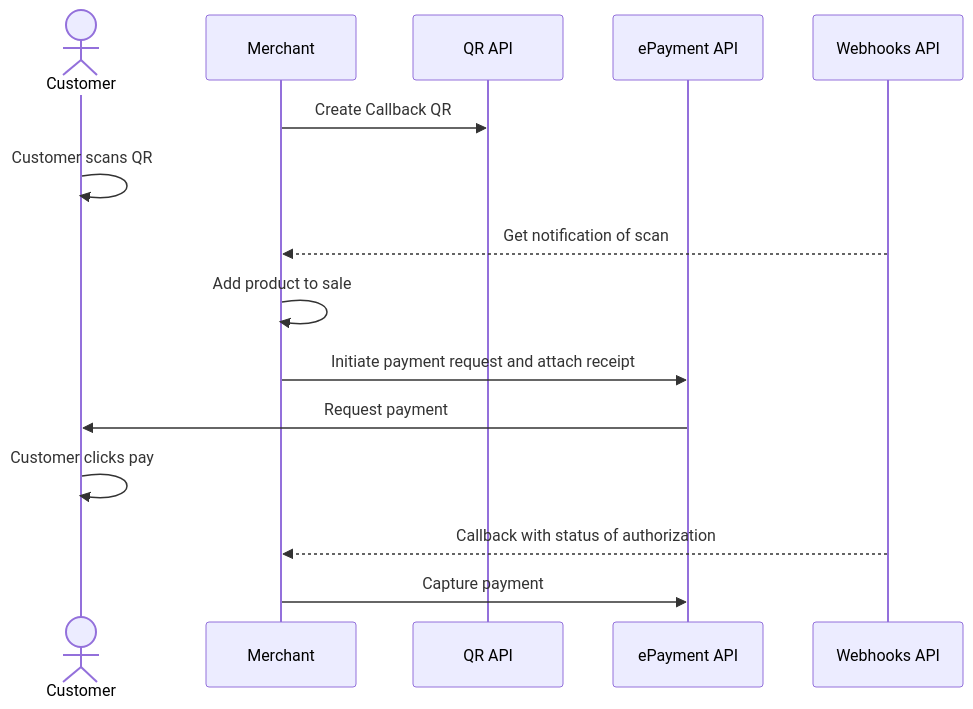
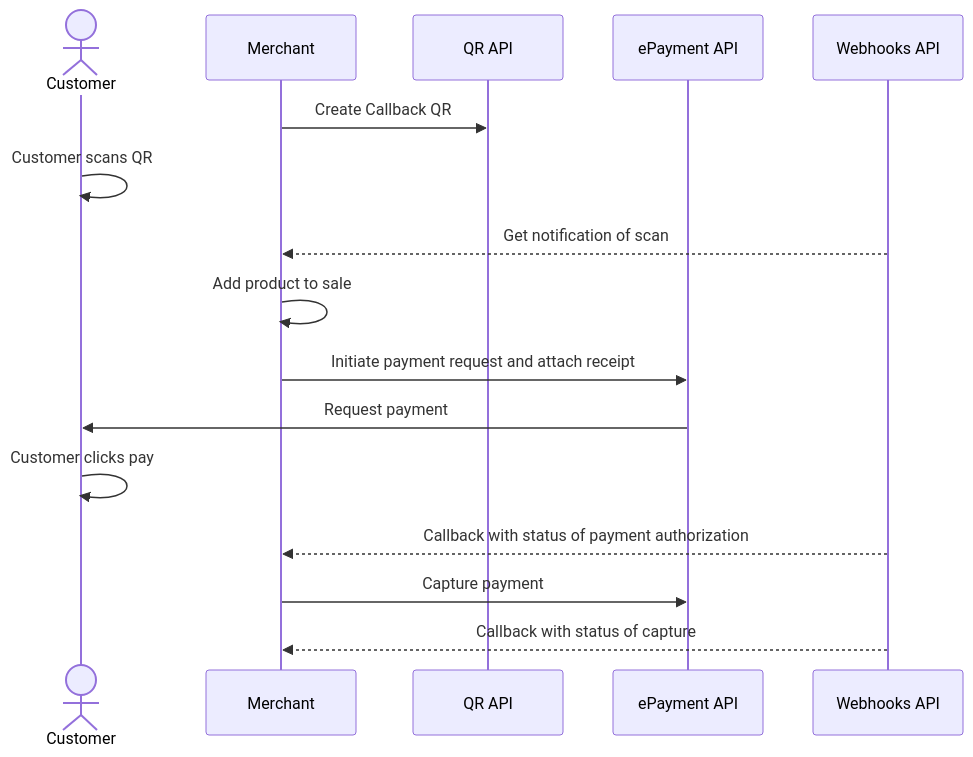
The diagram in static-qr-at-pos/README.md (vippsas/vipps-solutions), drawn with Mermaid before and after one commit. The commit also changed 15 other files, not shown here.

Commit message:
Add capture webhooks

````diff
--- a/static-qr-at-pos/README.md
+++ b/static-qr-at-pos/README.md
@@ -184,18 +184,19 @@
 ``` mermaid
 sequenceDiagram
     actor C as Customer
     participant M as Merchant
     participant QR as QR API
     participant ePayment as ePayment API
     participant Webhooks as Webhooks API
 
     M->>QR: Create Callback QR
     C->>C: Customer scans QR
     Webhooks-->>M: Get notification of scan
     M->>M: Add product to sale
     M->>ePayment: Initiate payment request and attach receipt
     ePayment->>C: Request payment
     C->>C: Customer clicks pay
-    Webhooks-->>M: Callback with status of authorization
+    Webhooks-->>M: Callback with status of payment authorization
     M->>ePayment: Capture payment
+    Webhooks-->>M: Callback with status of capture
 ```
````
